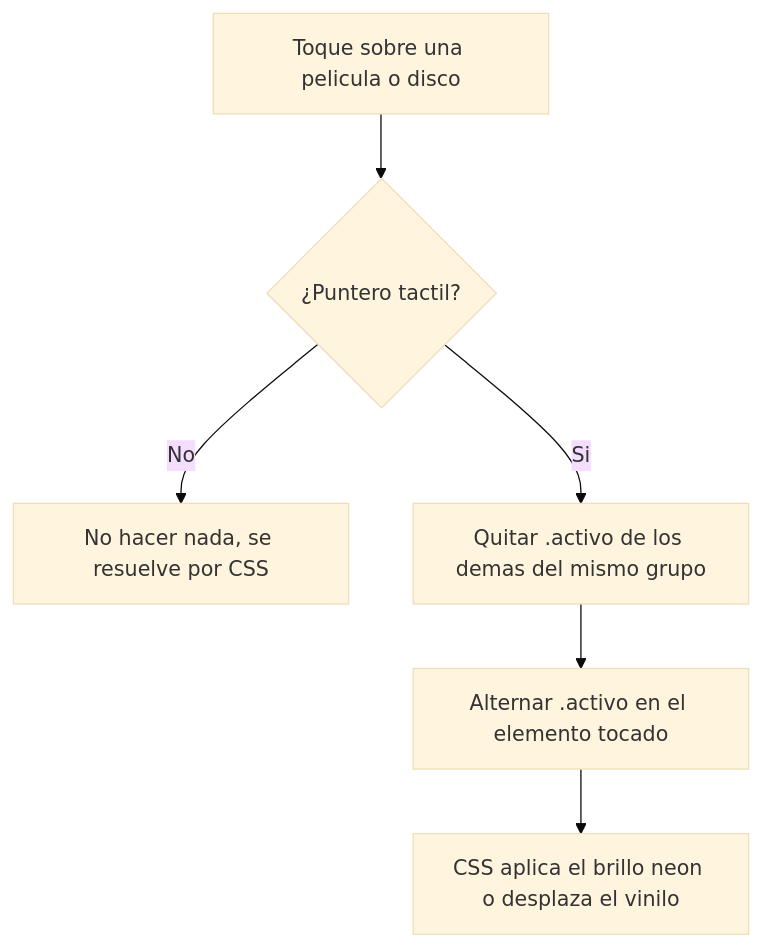
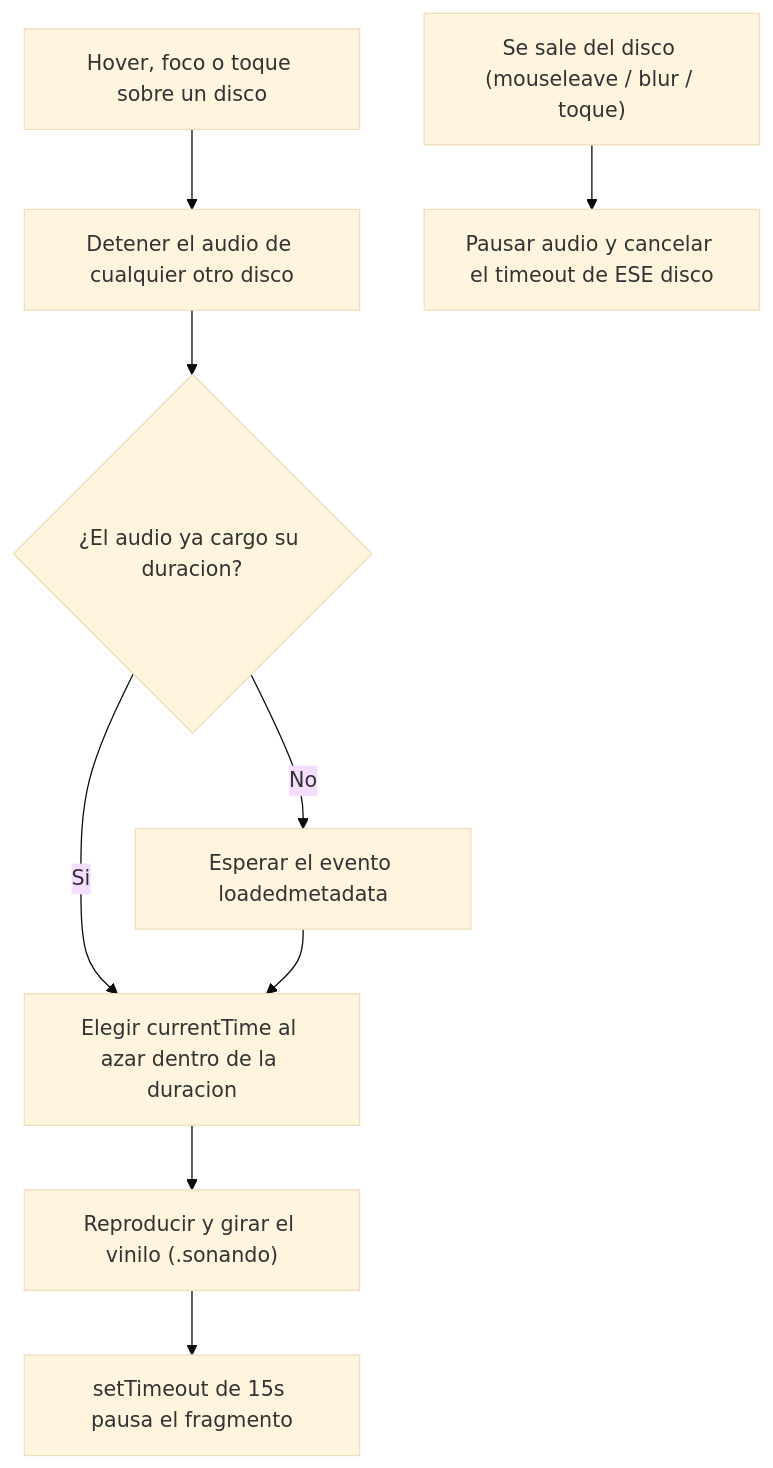
Before and after one commit to federicosd06-dev/DSWF_TP1_2A_Grupo11: the first of 2 diagrams in docs/documentacion_js_fede.md, drawn with Mermaid (base theme). The commit also changed other lines of this file and 5 other files, not shown here.

Commit message:
Discos: vinilo con tapa impresa y reproduccion de fragmentos de audio aleatorios

````diff
--- a/docs/documentacion_js_fede.md
+++ b/docs/documentacion_js_fede.md
@@ -33,8 +65,11 @@
 ```mermaid
 flowchart TD
-    A["Toque sobre una pelicula o disco"] --> B{"¿Puntero tactil?"}
-    B -->|No| C["No hacer nada, se resuelve por CSS"]
-    B -->|Si| D["Quitar .activo de los demas del mismo grupo"]
-    D --> E["Alternar .activo en el elemento tocado"]
-    E --> F["CSS aplica el brillo neon o desplaza el vinilo"]
+    A["Hover, foco o toque sobre un disco"] --> B["Detener el audio de cualquier otro disco"]
+    B --> C{"¿El audio ya cargo su duracion?"}
+    C -->|No| D["Esperar el evento loadedmetadata"]
+    C -->|Si| E["Elegir currentTime al azar dentro de la duracion"]
+    D --> E
+    E --> F["Reproducir y girar el vinilo (.sonando)"]
+    F --> G["setTimeout de 15s pausa el fragmento"]
+    H["Se sale del disco (mouseleave / blur / toque)"] --> I["Pausar audio y cancelar el timeout de ESE disco"]
 ```
````
